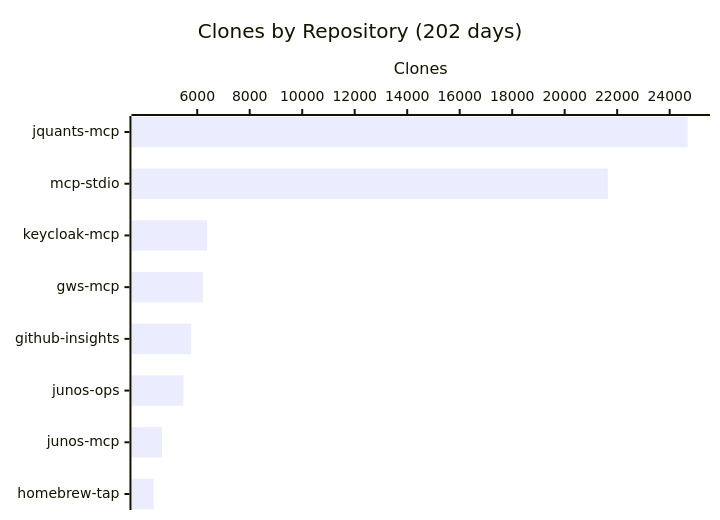
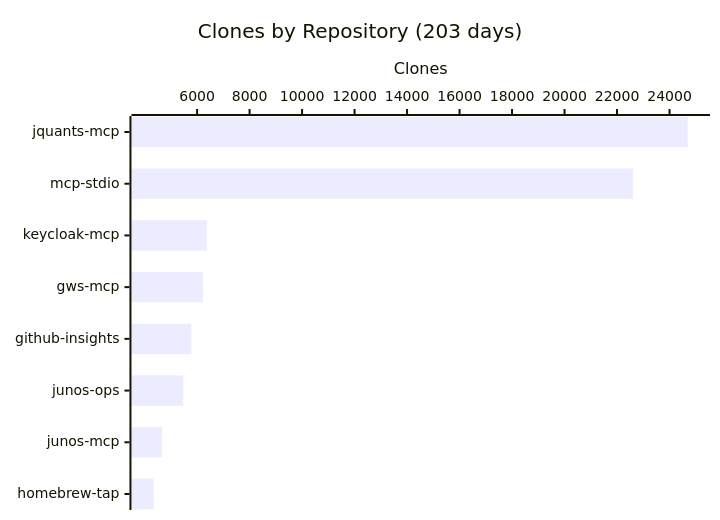
One commit to shigechika/github-insights changed the fourth of 4 diagrams in README.md. Above: the diagram before and after it, drawn with Mermaid. The commit also changed other lines of this file and 2 other files, not shown here.

````diff
--- a/README.md
+++ b/README.md
@@ -58,7 +58,7 @@
 ```mermaid
 xychart-beta horizontal
-    title "Clones by Repository (202 days)"
+    title "Clones by Repository (203 days)"
     x-axis ["jquants-mcp", "mcp-stdio", "keycloak-mcp", "gws-mcp", "github-insights", "junos-ops", "junos-mcp", "homebrew-tap"]
     y-axis "Clones"
-    bar [24688, 21646, 6371, 6220, 5772, 5474, 4658, 4343]
+    bar [24694, 22603, 6374, 6227, 5777, 5476, 4665, 4348]
 ```
````
